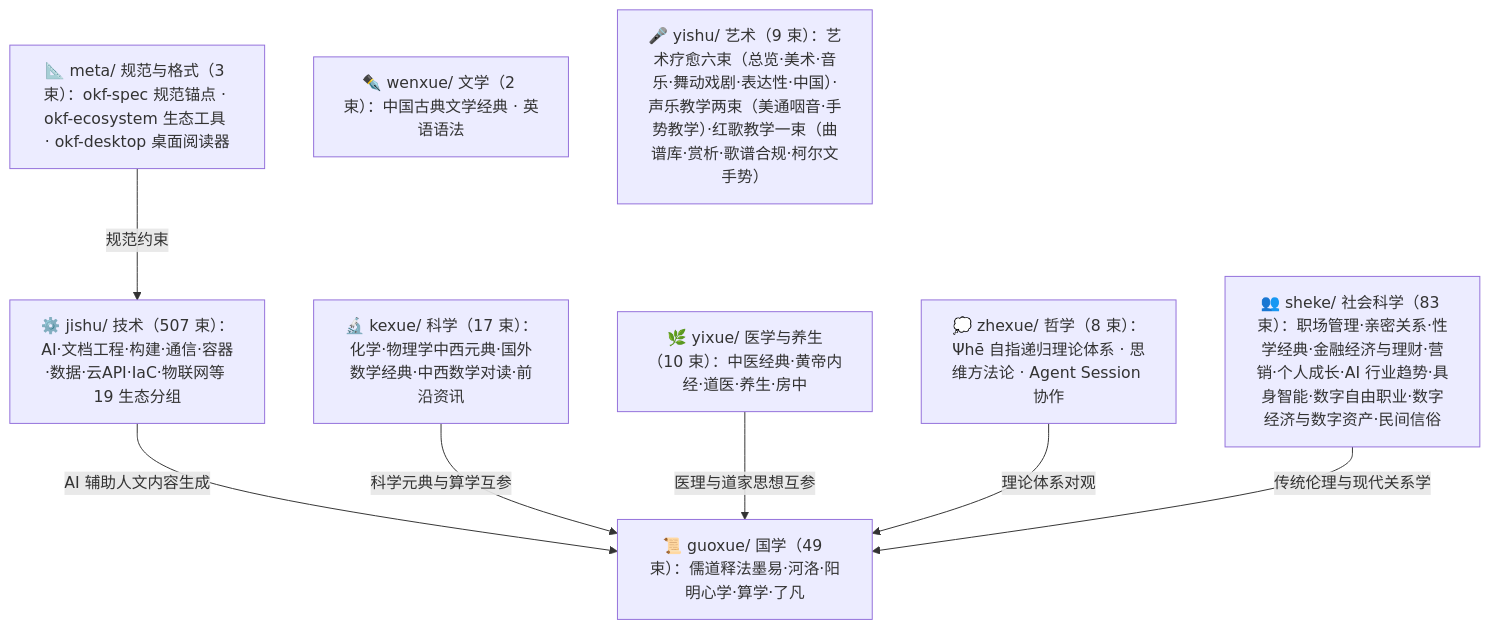
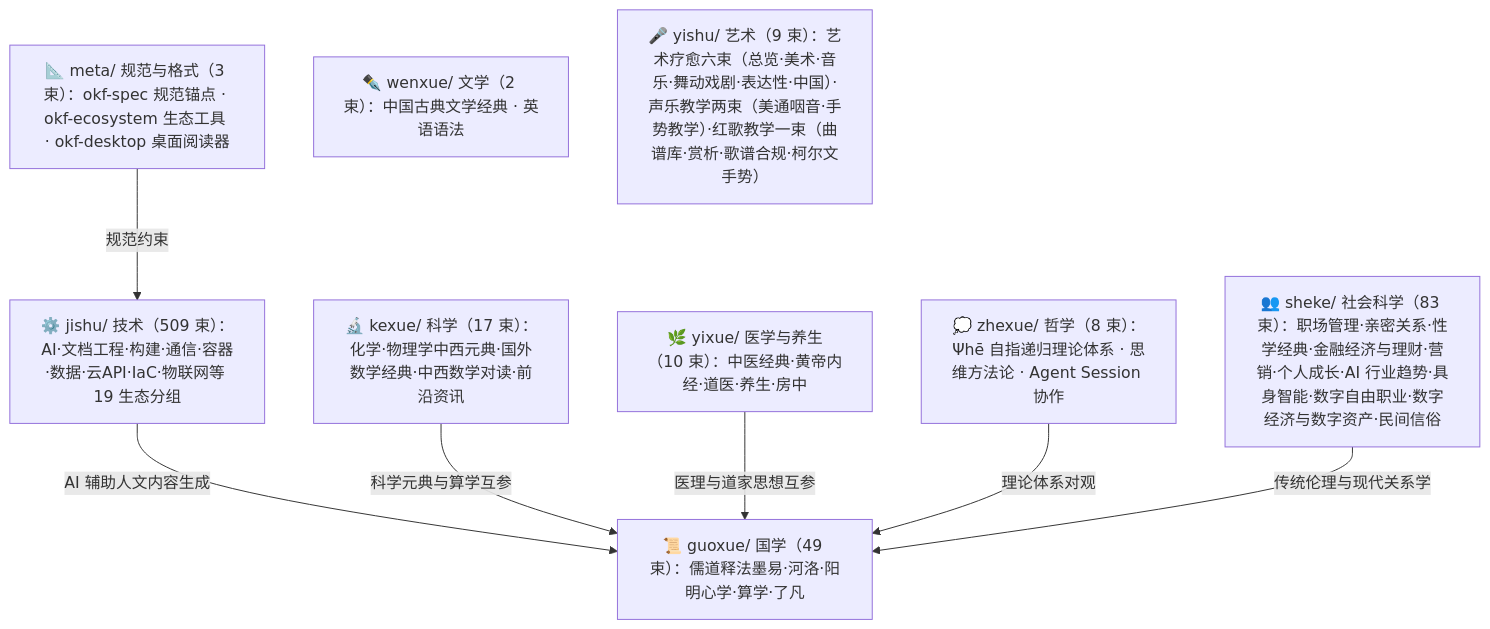
The diagram in doc/bundles/index.md (awesome-flexloop/awesome-okf), drawn with Mermaid before and after one commit. The commit also changed other lines of this file and 35 other files, not shown here.

````diff
--- a/doc/bundles/index.md
+++ b/doc/bundles/index.md
@@ -21,18 +21,18 @@
 ```mermaid
 flowchart TD
     meta["📐 meta/ 规范与格式（3 束）：okf-spec 规范锚点 · okf-ecosystem 生态工具 · okf-desktop 桌面阅读器"]
     guoxue["📜 guoxue/ 国学（49 束）：儒道释法墨易·河洛·阳明心学·算学·了凡"]
     zhexue["💭 zhexue/ 哲学（8 束）：Ψhē 自指递归理论体系 · 思维方法论 · Agent Session 协作"]
     kexue["🔬 kexue/ 科学（17 束）：化学·物理学中西元典·国外数学经典·中西数学对读·前沿资讯"]
     wenxue["✒️ wenxue/ 文学（2 束）：中国古典文学经典 · 英语语法"]
     yixue["🌿 yixue/ 医学与养生（10 束）：中医经典·黄帝内经·道医·养生·房中"]
     sheke["👥 sheke/ 社会科学（83 束）：职场管理·亲密关系·性学经典·金融经济与理财·营销·个人成长·AI 行业趋势·具身智能·数字自由职业·数字经济与数字资产·民间信俗"]
     yishu["🎤 yishu/ 艺术（9 束）：艺术疗愈六束（总览·美术·音乐·舞动戏剧·表达性·中国）·声乐教学两束（美通咽音·手势教学）·红歌教学一束（曲谱库·赏析·歌谱合规·柯尔文手势）"]
-    jishu["⚙️ jishu/ 技术（507 束）：AI·文档工程·构建·通信·容器·数据·云API·IaC·物联网等 19 生态分组"]
+    jishu["⚙️ jishu/ 技术（509 束）：AI·文档工程·构建·通信·容器·数据·云API·IaC·物联网等 19 生态分组"]
     meta -->|"规范约束"| jishu
     jishu -->|"AI 辅助人文内容生成"| guoxue
     kexue -->|"科学元典与算学互参"| guoxue
     yixue -->|"医理与道家思想互参"| guoxue
     zhexue -->|"理论体系对观"| guoxue
     sheke -->|"传统伦理与现代关系学"| guoxue
 ```
````
